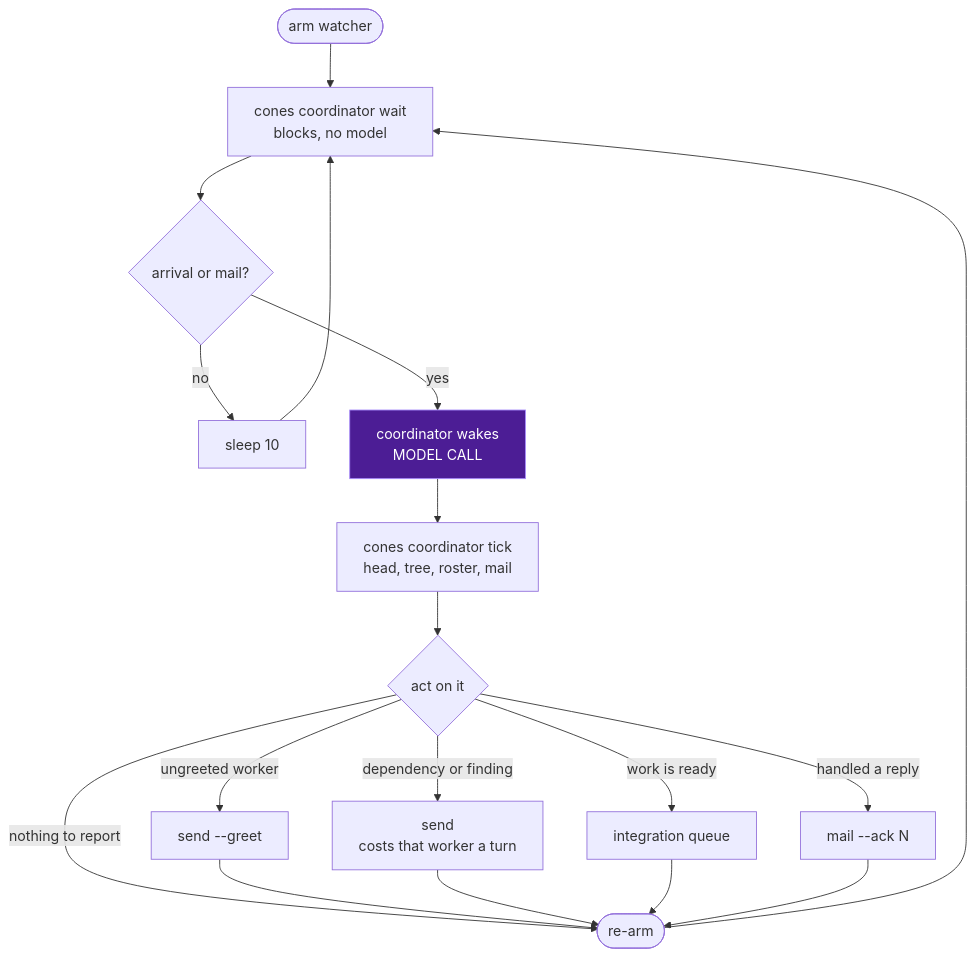
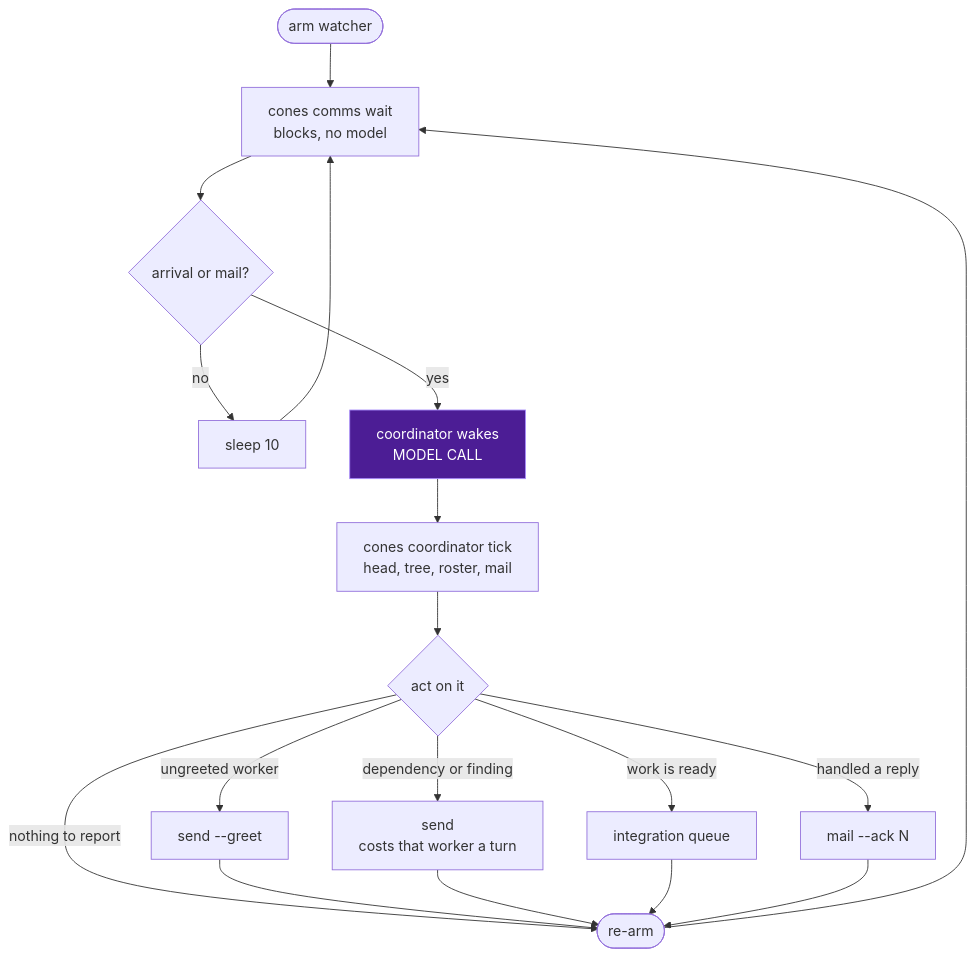
The third of 4 diagrams in docs/architecture.md (YuvalSarel1/cones), drawn with Mermaid before and after one commit. The commit also changed other lines of this file and 4 other files, not shown here.

````diff
--- a/docs/architecture.md
+++ b/docs/architecture.md
@@ -182,22 +185,22 @@
 ```mermaid
 flowchart TB
-    Arm([arm watcher]) --> Wait["cones coordinator wait<br/>blocks, no model"]
+    Arm([arm watcher]) --> Wait["cones comms wait<br/>blocks, no model"]
     Wait --> Q{"arrival or mail?"}
     Q -->|"no"| Sleep["sleep 10"] --> Wait
     Q -->|"yes"| Wake["coordinator wakes<br/>MODEL CALL"]
     Wake --> Tick["cones coordinator tick<br/>head, tree, roster, mail"]
     Tick --> Act{"act on it"}
     Act -->|"ungreeted worker"| Greet["send --greet"]
     Act -->|"dependency or finding"| Msg["send<br/>costs that worker a turn"]
     Act -->|"work is ready"| Integ["integration queue"]
     Act -->|"handled a reply"| Ack["mail --ack N"]
     Act -->|"nothing to report"| Rearm([re-arm])
     Greet --> Rearm
     Msg --> Rearm
     Integ --> Rearm
     Ack --> Rearm
     Rearm --> Wait
 
     classDef model fill:#4c1d95,stroke:#a78bfa,color:#fff
     class Wake model
 ```
````
